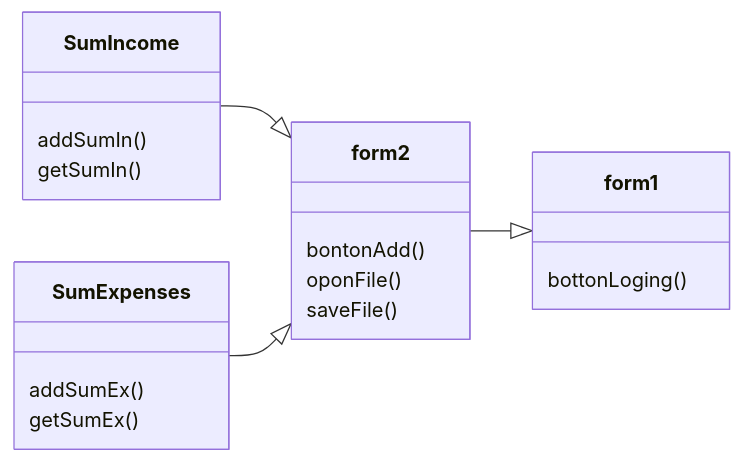
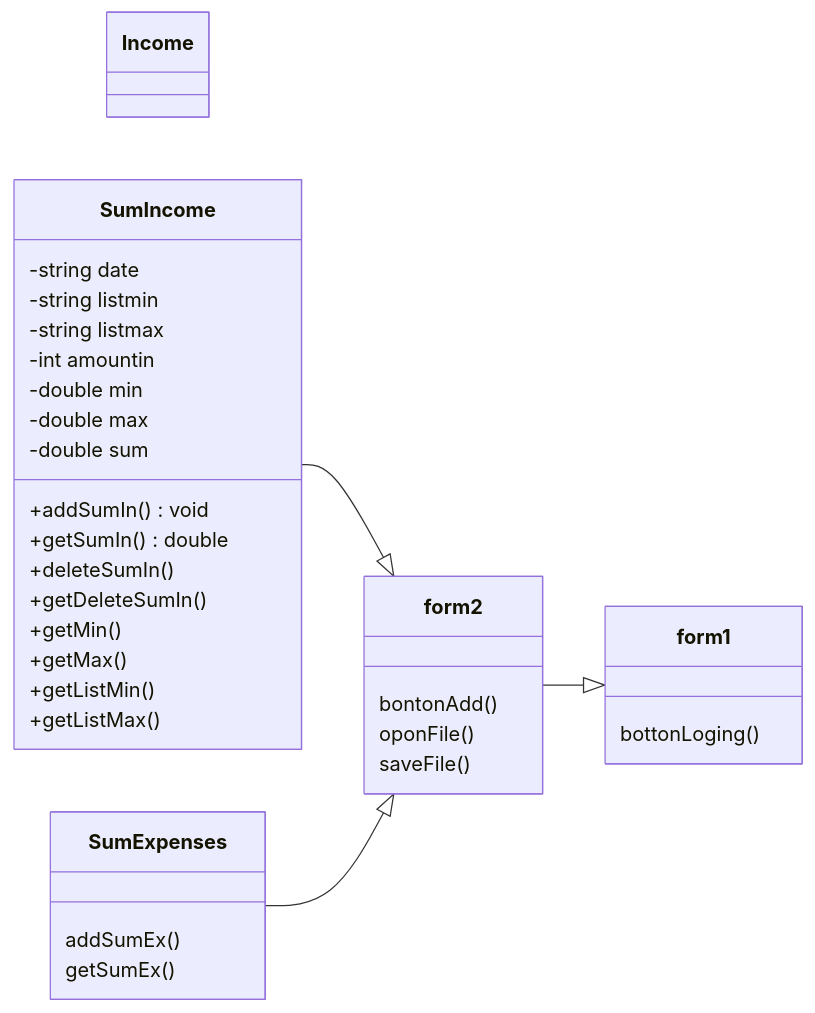
The diagram in README.md (Naphapilan/Final-Project), drawn with Mermaid before and after one commit.

````diff
--- a/README.md
+++ b/README.md
@@ -12,23 +12,38 @@
 ```mermaid
 classDiagram
   direction LR
   class form1{
   bottonLoging()
   }
   class form2{
   bontonAdd()
   oponFile()
   saveFile()
   }
+  class Income{
+  }
   class SumIncome{
-  addSumIn()
-  getSumIn()
+  -string date
+  -string listmin
+  -string listmax
+  -int amountin
+  -double min
+  -double max
+  -double sum
+  +addSumIn()void
+  +getSumIn()double
+  +deleteSumIn()
+  +getDeleteSumIn()
+  +getMin()
+  +getMax()
+  +getListMin()
+  +getListMax()
   }
   class SumExpenses{
   addSumEx()
   getSumEx()
   }
   form2 --|> form1
   SumIncome --|> form2
   SumExpenses --|> form2
 ```
````
